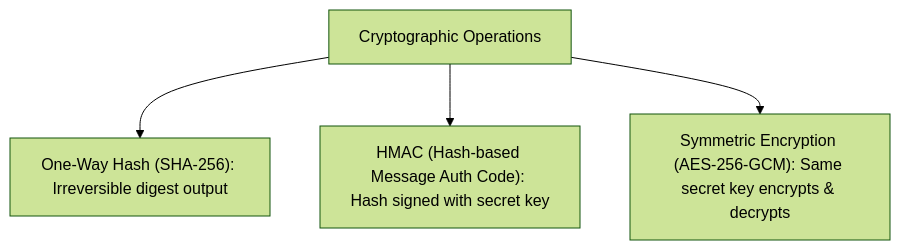
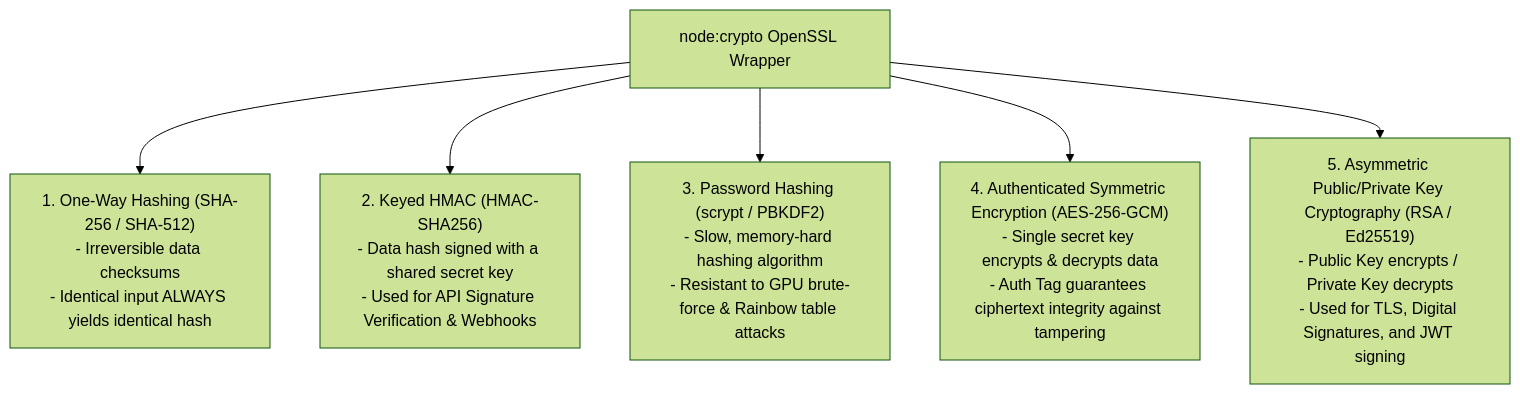
The first of 2 diagrams in nodejs-notes/16-crypto-module.md (Amie-dev/engineering-playbook), drawn with Mermaid (forest theme) before and after one commit. The commit also changed other lines of this file and 32 other files, not shown here.

````diff
--- a/nodejs-notes/16-crypto-module.md
+++ b/nodejs-notes/16-crypto-module.md
@@ -10,6 +13,8 @@
 ```mermaid
 graph TD
-    Crypto[Cryptographic Operations] --> Hash["One-Way Hash (SHA-256): Irreversible digest output"]
-    Crypto --> HMAC["HMAC (Hash-based Message Auth Code): Hash signed with secret key"]
-    Crypto --> Symmetric["Symmetric Encryption (AES-256-GCM): Same secret key encrypts & decrypts"]
+    CryptoModule[node:crypto OpenSSL Wrapper] --> Hashing["1. One-Way Hashing (SHA-256 / SHA-512)<br/>- Irreversible data checksums<br/>- Identical input ALWAYS yields identical hash"]
+    CryptoModule --> HMAC["2. Keyed HMAC (HMAC-SHA256)<br/>- Data hash signed with a shared secret key<br/>- Used for API Signature Verification & Webhooks"]
+    CryptoModule --> PasswordHash["3. Password Hashing (scrypt / PBKDF2)<br/>- Slow, memory-hard hashing algorithm<br/>- Resistant to GPU brute-force & Rainbow table attacks"]
+    CryptoModule --> Symmetric["4. Authenticated Symmetric Encryption (AES-256-GCM)<br/>- Single secret key encrypts & decrypts data<br/>- Auth Tag guarantees ciphertext integrity against tampering"]
+    CryptoModule --> Asymmetric["5. Asymmetric Public/Private Key Cryptography (RSA / Ed25519)<br/>- Public Key encrypts / Private Key decrypts<br/>- Used for TLS, Digital Signatures, and JWT signing"]
 ```
````
